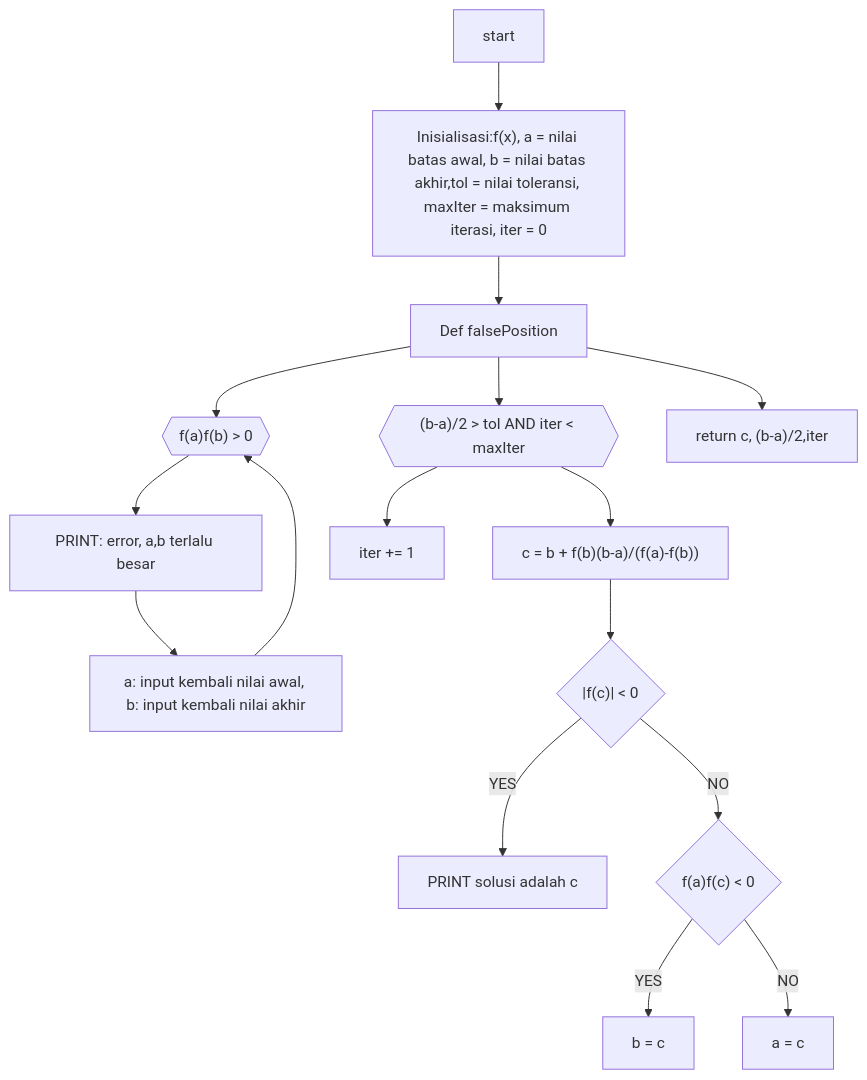
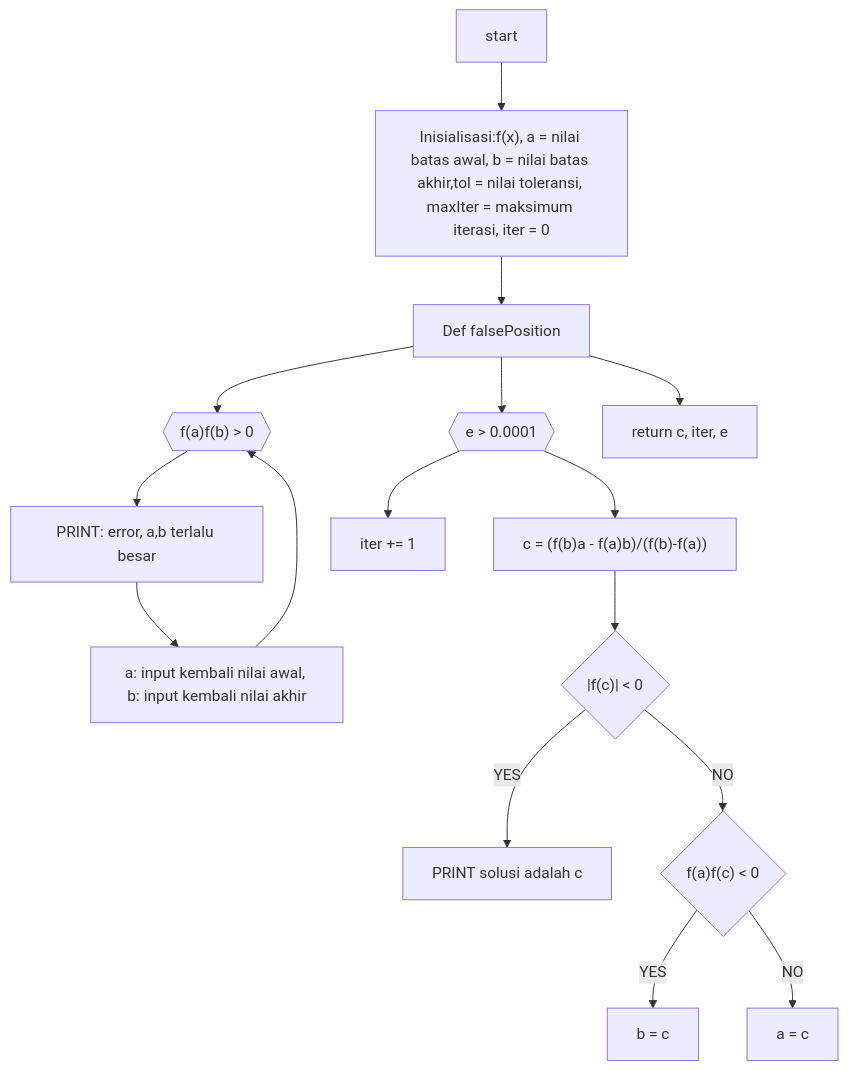
One commit to aslabkomfis/Komputasi-Numerik-24-25 changed the diagram in Modul-2/falsePosition.mmd. Above: the diagram before and after it, drawn with Mermaid.

```diff
--- a/Modul-2/falsePosition.mmd
+++ b/Modul-2/falsePosition.mmd
@@ -1,16 +1,16 @@
 flowchart TD;
     A[start] --> B["Inisialisasi:f(x), a = nilai batas awal, b = nilai batas akhir,tol = nilai toleransi, maxIter = maksimum iterasi, iter = 0"]
     B --> Z["Def falsePosition"]
     Z --> C{{"f(a)f(b) > 0"}}
     C --> D["PRINT: error, a,b terlalu besar"]
     D --> E["a: input kembali nilai awal, b: input kembali nilai akhir"]
     E --> C
-    Z --> G{{"(b-a)/2 > tol AND iter < maxIter"}}
-    G -->H["c = b + f(b)(b-a)/(f(a)-f(b))"]
+    Z --> G{{"e > 0.0001"}}
+    G -->H["c = (f(b)a - f(a)b)/(f(b)-f(a))"]
     H --> I{"|f(c)| < 0"}
     I -->|YES| J["PRINT solusi adalah c"]
     I -->|NO| K{"f(a)f(c) < 0"} 
     K --> |YES| L["b = c"]
     K --> |NO| M["a = c"]
     G --> N["iter += 1"]
-    Z --> X["return c, (b-a)/2,iter"]
+    Z --> X["return c, iter, e"]
```
